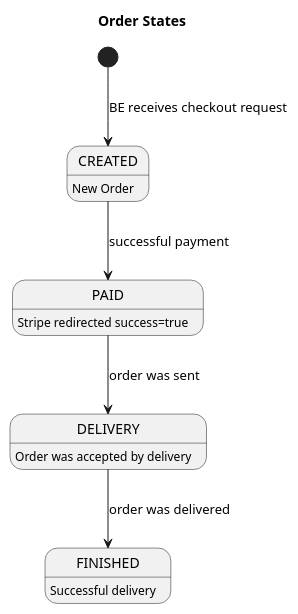
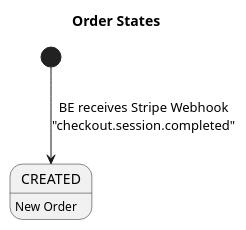
Before and after one commit to dMpouk/Iced-Latte: the diagram in docs/plantuml/payment/order-state.puml, drawn with PlantUML. The commit also changed 11 other files, not shown here.

Commit message:
Updated documentation related to payment (Stripe)

```diff
--- a/docs/plantuml/payment/order-state.puml
+++ b/docs/plantuml/payment/order-state.puml
@@ -1,15 +1,9 @@
 @startuml
 
 title Order States
 
-[*] --> CREATED : BE receives checkout request
-CREATED --> PAID : successful payment
-PAID --> DELIVERY : order was sent
-DELIVERY --> FINISHED : order was delivered
+[*] --> CREATED : BE receives Stripe Webhook\n"checkout.session.completed"
 
 CREATED: New Order
-PAID : Stripe redirected success=true
-DELIVERY : Order was accepted by delivery
-FINISHED : Successful delivery
 
 @enduml
```
